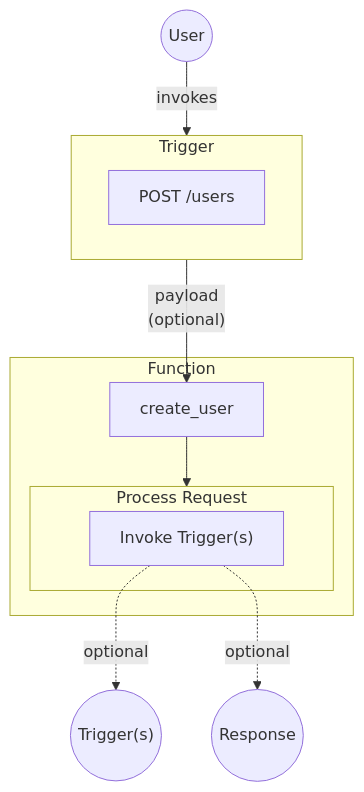
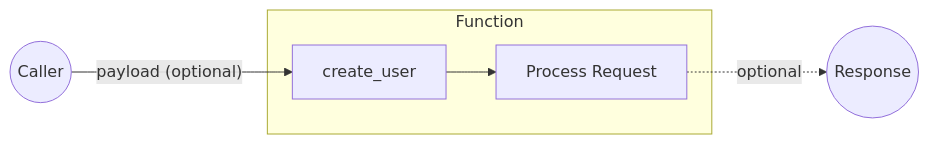
One commit to iii-hq/docs changed the diagram in content/primitives/functions.mdx. Above: the diagram before and after it, drawn with Mermaid. The commit also changed other lines of this file and 3 other files, not shown here.

````diff
--- a/content/primitives/functions.mdx
+++ b/content/primitives/functions.mdx
@@ -16,20 +16,11 @@
 ```mermaid
-graph TB
-    subgraph Trigger[Trigger]
-        Config[POST /users]
-    end
-
-    User((User)) -->|invokes| Trigger
-
-    Trigger -->|"payload<br/>(optional)"| Fn
+graph LR
+    Caller((Caller)) -->|"payload (optional)"| Fn
 
     subgraph Function[Function]
         Fn[create_user]
-        Fn --> P1
-        subgraph P1[Process Request]
-            P2["Invoke Trigger(s)"]
-        end
+        Fn --> P1["Process Request"]
     end
-        P2 -.->|optional| Triggers(("Trigger(s)"))
-        P2 -.->|optional| P3(("Response"))
+
+    P1 -.->|optional| Response(("Response"))
 ```
````
